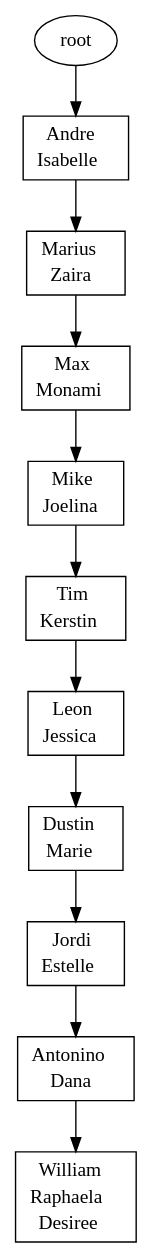
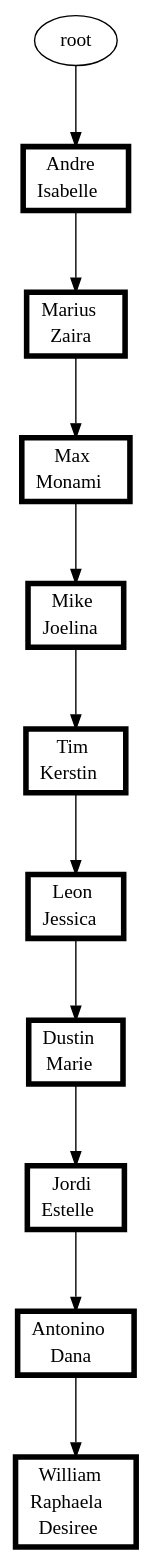
The diagram in s03/s03.dot (atticus-sullivan/sim-ayto), drawn with Graphviz before and after one commit. The commit also changed 37 other files, not shown here.

```diff
--- a/s03/s03.dot
+++ b/s03/s03.dot
@@ -1,22 +1,23 @@
 digraph D {
-{"root|1|3|6|10|7|8|8|5|9|6|5|4"[shape="record" label=<<table border="0" cellborder="0" cellspacing="0"><tr><td>Leon</td></tr><tr><td>Jessica</td></tr></table>>]}
+ranksep=0.8;
+{"root|1|3|6|10|7|8|8|5|9|6|5|4|3|7|4|2"[shape="record" penwidth=4.0 color="black" label=<<table border="0" cellborder="0" cellspacing="0"><tr><td>Jordi</td></tr><tr><td>Estelle</td></tr></table>>]}
+"root|1|3|6|10|7|8|8|5|9|6|5|4|3|7" -> {"root|1|3|6|10|7|8|8|5|9|6|5|4|3|7|4|2"}
+{"root|1|3|6|10|7|8|8|5|9|6"[shape="record" penwidth=4.0 color="black" label=<<table border="0" cellborder="0" cellspacing="0"><tr><td>Tim</td></tr><tr><td>Kerstin</td></tr></table>>]}
+"root|1|3|6|10|7|8|8|5" -> {"root|1|3|6|10|7|8|8|5|9|6"}
+{"root|1|3"[shape="record" penwidth=4.0 color="black" label=<<table border="0" cellborder="0" cellspacing="0"><tr><td>Andre</td></tr><tr><td>Isabelle</td></tr></table>>]}
+"root" -> {"root|1|3"}
+{"root|1|3|6|10|7|8|8|5"[shape="record" penwidth=4.0 color="black" label=<<table border="0" cellborder="0" cellspacing="0"><tr><td>Mike</td></tr><tr><td>Joelina</td></tr></table>>]}
+"root|1|3|6|10|7|8" -> {"root|1|3|6|10|7|8|8|5"}
+{"root|1|3|6|10|7|8|8|5|9|6|5|4|3|7"[shape="record" penwidth=4.0 color="black" label=<<table border="0" cellborder="0" cellspacing="0"><tr><td>Dustin</td></tr><tr><td>Marie</td></tr></table>>]}
+"root|1|3|6|10|7|8|8|5|9|6|5|4" -> {"root|1|3|6|10|7|8|8|5|9|6|5|4|3|7"}
+{"root|1|3|6|10|7|8|8|5|9|6|5|4|3|7|4|2|2|1|10|9,11"[shape="record" penwidth=4.0 color="black" label=<<table border="0" cellborder="0" cellspacing="0"><tr><td>William</td></tr><tr><td>Raphaela</td></tr><tr><td>Desiree</td></tr></table>>]}
+"root|1|3|6|10|7|8|8|5|9|6|5|4|3|7|4|2|2|1" -> {"root|1|3|6|10|7|8|8|5|9|6|5|4|3|7|4|2|2|1|10|9,11"}
+{"root|1|3|6|10|7|8|8|5|9|6|5|4|3|7|4|2|2|1"[shape="record" penwidth=4.0 color="black" label=<<table border="0" cellborder="0" cellspacing="0"><tr><td>Antonino</td></tr><tr><td>Dana</td></tr></table>>]}
+"root|1|3|6|10|7|8|8|5|9|6|5|4|3|7|4|2" -> {"root|1|3|6|10|7|8|8|5|9|6|5|4|3|7|4|2|2|1"}
+{"root|1|3|6|10|7|8"[shape="record" penwidth=4.0 color="black" label=<<table border="0" cellborder="0" cellspacing="0"><tr><td>Max</td></tr><tr><td>Monami</td></tr></table>>]}
+"root|1|3|6|10" -> {"root|1|3|6|10|7|8"}
+{"root|1|3|6|10|7|8|8|5|9|6|5|4"[shape="record" penwidth=4.0 color="black" label=<<table border="0" cellborder="0" cellspacing="0"><tr><td>Leon</td></tr><tr><td>Jessica</td></tr></table>>]}
 "root|1|3|6|10|7|8|8|5|9|6" -> {"root|1|3|6|10|7|8|8|5|9|6|5|4"}
-{"root|1|3|6|10|7|8|8|5|9|6|5|4|3|7"[shape="record" label=<<table border="0" cellborder="0" cellspacing="0"><tr><td>Dustin</td></tr><tr><td>Marie</td></tr></table>>]}
-"root|1|3|6|10|7|8|8|5|9|6|5|4" -> {"root|1|3|6|10|7|8|8|5|9|6|5|4|3|7"}
-{"root|1|3|6|10|7|8|8|5"[shape="record" label=<<table border="0" cellborder="0" cellspacing="0"><tr><td>Mike</td></tr><tr><td>Joelina</td></tr></table>>]}
-"root|1|3|6|10|7|8" -> {"root|1|3|6|10|7|8|8|5"}
-{"root|1|3"[shape="record" label=<<table border="0" cellborder="0" cellspacing="0"><tr><td>Andre</td></tr><tr><td>Isabelle</td></tr></table>>]}
-"root" -> {"root|1|3"}
-{"root|1|3|6|10|7|8|8|5|9|6|5|4|3|7|4|2"[shape="record" label=<<table border="0" cellborder="0" cellspacing="0"><tr><td>Jordi</td></tr><tr><td>Estelle</td></tr></table>>]}
-"root|1|3|6|10|7|8|8|5|9|6|5|4|3|7" -> {"root|1|3|6|10|7|8|8|5|9|6|5|4|3|7|4|2"}
-{"root|1|3|6|10|7|8|8|5|9|6"[shape="record" label=<<table border="0" cellborder="0" cellspacing="0"><tr><td>Tim</td></tr><tr><td>Kerstin</td></tr></table>>]}
-"root|1|3|6|10|7|8|8|5" -> {"root|1|3|6|10|7|8|8|5|9|6"}
-{"root|1|3|6|10|7|8|8|5|9|6|5|4|3|7|4|2|2|1|10|9,11"[shape="record" label=<<table border="0" cellborder="0" cellspacing="0"><tr><td>William</td></tr><tr><td>Raphaela</td></tr><tr><td>Desiree</td></tr></table>>]}
-"root|1|3|6|10|7|8|8|5|9|6|5|4|3|7|4|2|2|1" -> {"root|1|3|6|10|7|8|8|5|9|6|5|4|3|7|4|2|2|1|10|9,11"}
-{"root|1|3|6|10|7|8"[shape="record" label=<<table border="0" cellborder="0" cellspacing="0"><tr><td>Max</td></tr><tr><td>Monami</td></tr></table>>]}
-"root|1|3|6|10" -> {"root|1|3|6|10|7|8"}
-{"root|1|3|6|10|7|8|8|5|9|6|5|4|3|7|4|2|2|1"[shape="record" label=<<table border="0" cellborder="0" cellspacing="0"><tr><td>Antonino</td></tr><tr><td>Dana</td></tr></table>>]}
-"root|1|3|6|10|7|8|8|5|9|6|5|4|3|7|4|2" -> {"root|1|3|6|10|7|8|8|5|9|6|5|4|3|7|4|2|2|1"}
-{"root|1|3|6|10"[shape="record" label=<<table border="0" cellborder="0" cellspacing="0"><tr><td>Marius</td></tr><tr><td>Zaira</td></tr></table>>]}
+{"root|1|3|6|10"[shape="record" penwidth=4.0 color="black" label=<<table border="0" cellborder="0" cellspacing="0"><tr><td>Marius</td></tr><tr><td>Zaira</td></tr></table>>]}
 "root|1|3" -> {"root|1|3|6|10"}
 }
```
